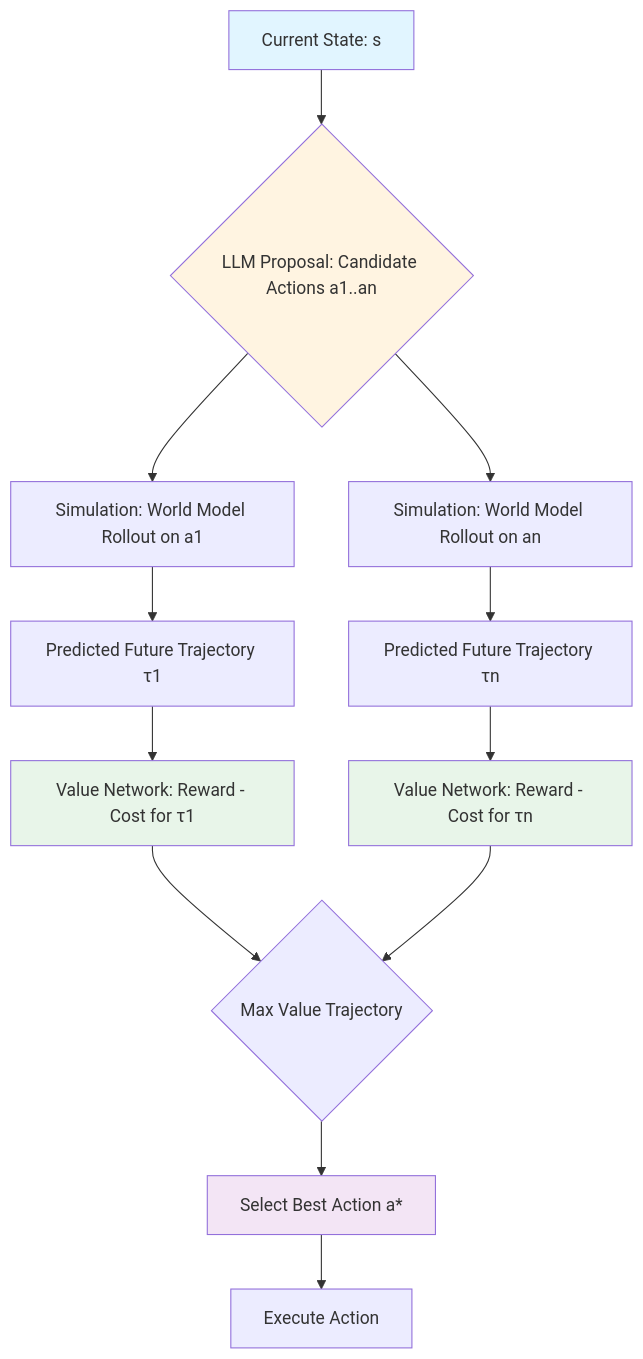
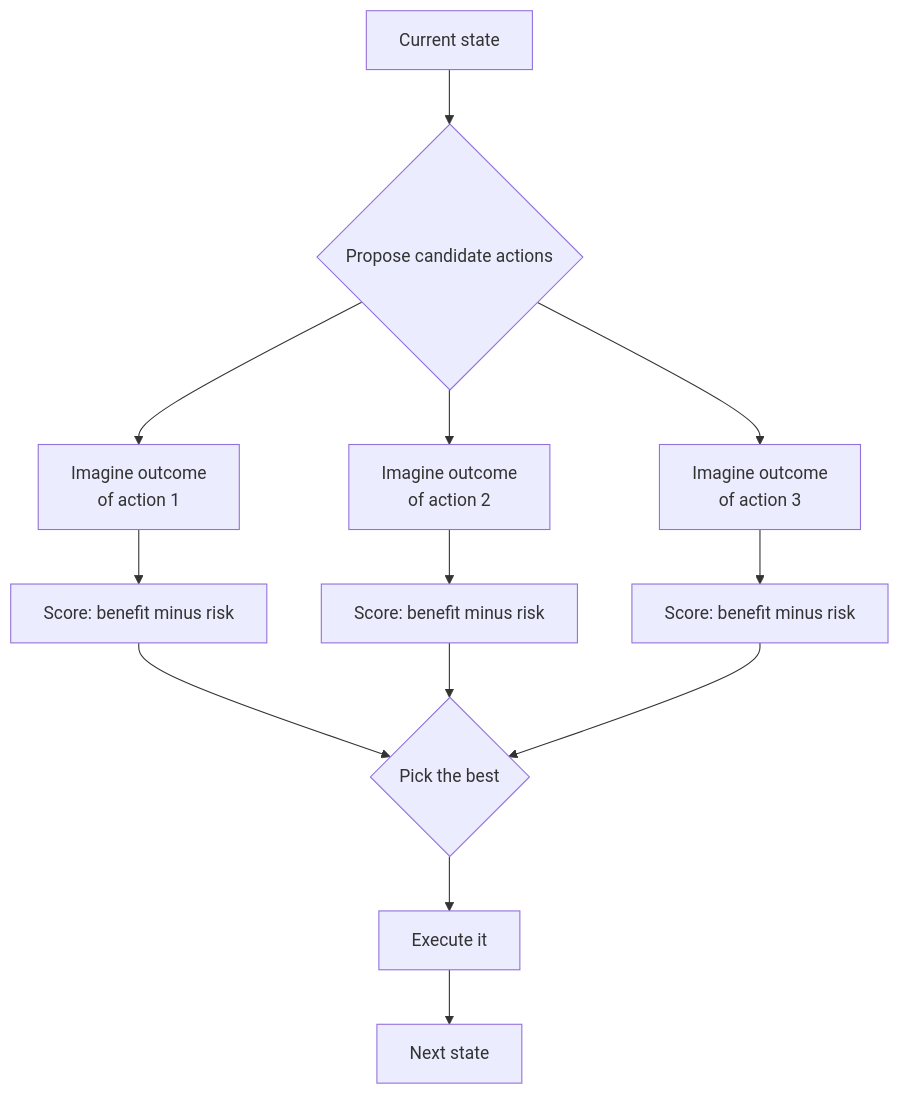
The fourth of 4 diagrams in src/data/blog/agentic-ai/agentic-ai-design-patterns-part-3.md (gopikrishtummala/gopikrishtummala.github.io), drawn with Mermaid before and after one commit. The commit also changed other lines of this file and 8 other files, not shown here.

````diff
--- a/src/data/blog/agentic-ai/agentic-ai-design-patterns-part-3.md
+++ b/src/data/blog/agentic-ai/agentic-ai-design-patterns-part-3.md
@@ -523,19 +97,15 @@
 ```mermaid
 flowchart TD
-    A["Current State: s"] --> B{"LLM Proposal: Candidate Actions a1..an"}
-    B --> C1["Simulation: World Model Rollout on a1"]
-    B --> C2["Simulation: World Model Rollout on an"]
-    C1 --> D1["Predicted Future Trajectory τ1"]
-    C2 --> D2["Predicted Future Trajectory τn"]
-    D1 --> E1["Value Network: Reward - Cost for τ1"]
-    D2 --> E2["Value Network: Reward - Cost for τn"]
-    E1 & E2 --> F{"Max Value Trajectory"}
-    F --> G["Select Best Action a*"]
-    G --> H["Execute Action"]
-    
-    style A fill:#e1f5ff
-    style B fill:#fff4e1
-    style E1 fill:#e8f5e9
-    style E2 fill:#e8f5e9
-    style G fill:#f3e5f5
+  S["Current state"] --> P{"Propose candidate actions"}
+  P --> C1["Imagine outcome<br/>of action 1"]
+  P --> C2["Imagine outcome<br/>of action 2"]
+  P --> C3["Imagine outcome<br/>of action 3"]
+  C1 --> E1["Score: benefit minus risk"]
+  C2 --> E2["Score: benefit minus risk"]
+  C3 --> E3["Score: benefit minus risk"]
+  E1 --> Sel{"Pick the best"}
+  E2 --> Sel
+  E3 --> Sel
+  Sel --> Ex["Execute it"]
+  Ex --> N["Next state"]
 ```
````
